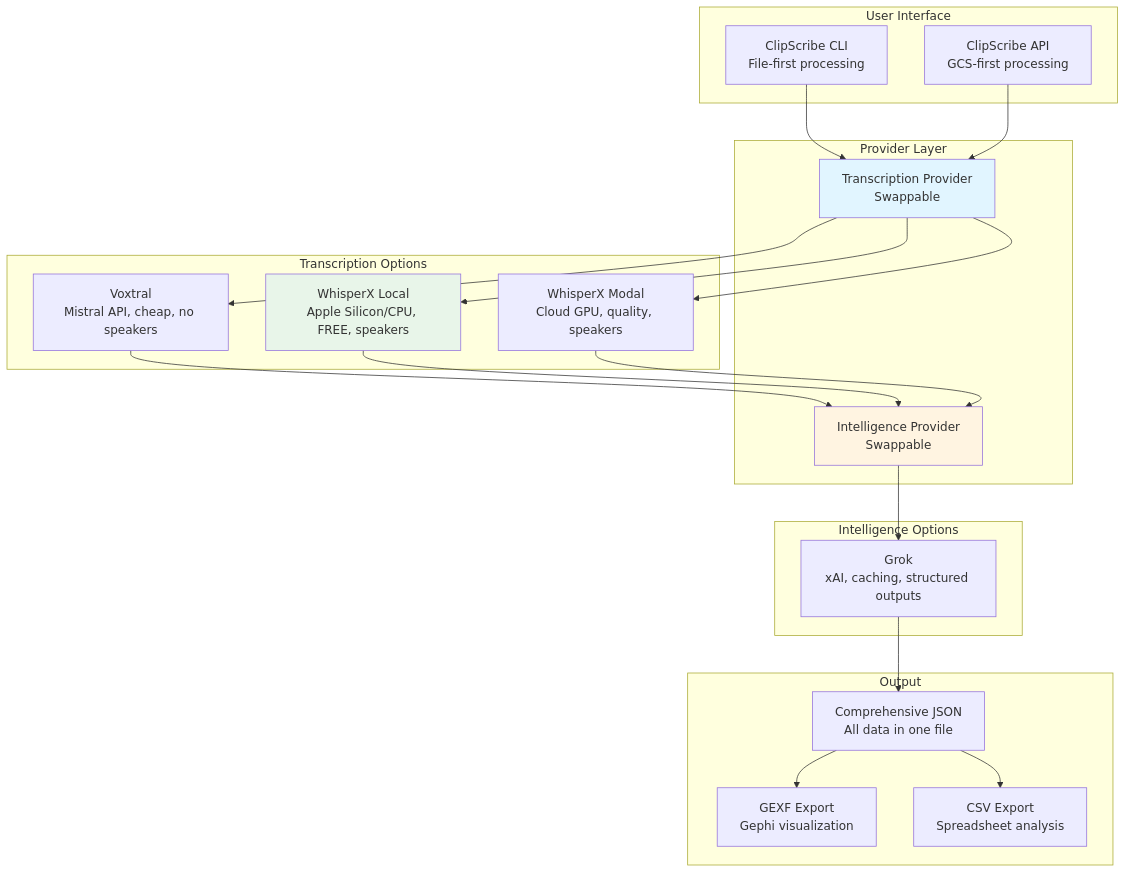
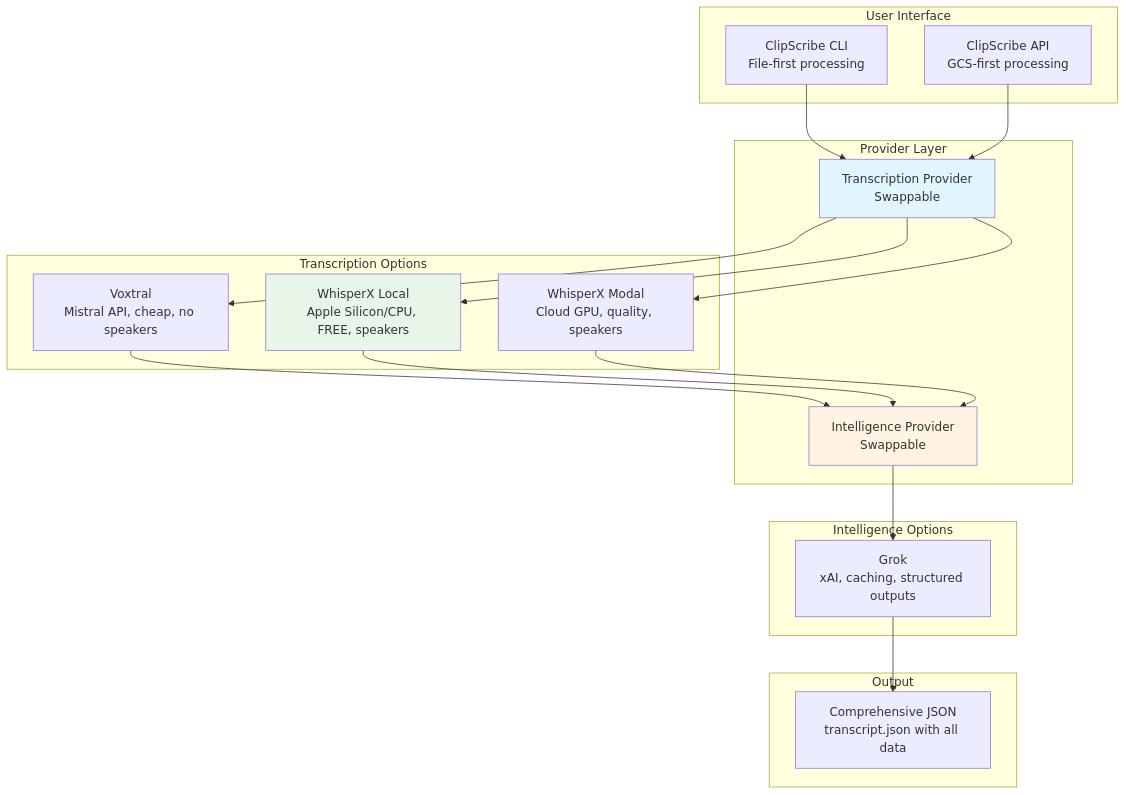
One commit to bubroz/clipscribe changed the first of 3 diagrams in docs/ARCHITECTURE.md. Above: the diagram before and after it, drawn with Mermaid. The commit also changed 4 other files, not shown here.

````diff
--- a/docs/ARCHITECTURE.md
+++ b/docs/ARCHITECTURE.md
@@ -47,48 +47,44 @@
 ```mermaid
 graph TB
     subgraph "User Interface"
         CLI[ClipScribe CLI<br/>File-first processing]
         API[ClipScribe API<br/>GCS-first processing]
     end
     
     subgraph "Provider Layer"
         TransProvider[Transcription Provider<br/>Swappable]
         IntProvider[Intelligence Provider<br/>Swappable]
     end
     
     subgraph "Transcription Options"
         Voxtral[Voxtral<br/>Mistral API, cheap, no speakers]
         WhisperXLocal[WhisperX Local<br/>Apple Silicon/CPU, FREE, speakers]
         WhisperXModal[WhisperX Modal<br/>Cloud GPU, quality, speakers]
     end
     
     subgraph "Intelligence Options"
         Grok[Grok<br/>xAI, caching, structured outputs]
     end
     
     subgraph "Output"
-        JSON[Comprehensive JSON<br/>All data in one file]
-        GEXF[GEXF Export<br/>Gephi visualization]
-        CSV[CSV Export<br/>Spreadsheet analysis]
+        JSON[Comprehensive JSON<br/>transcript.json with all data]
     end
     
     CLI --> TransProvider
     API --> TransProvider
     TransProvider --> Voxtral
     TransProvider --> WhisperXLocal
     TransProvider --> WhisperXModal
     
     Voxtral --> IntProvider
     WhisperXLocal --> IntProvider
     WhisperXModal --> IntProvider
     
     IntProvider --> Grok
     
     Grok --> JSON
-    JSON --> GEXF
-    JSON --> CSV
     
     style TransProvider fill:#e1f5ff
     style IntProvider fill:#fff4e1
     style WhisperXLocal fill:#e8f5e9
 ```
````
